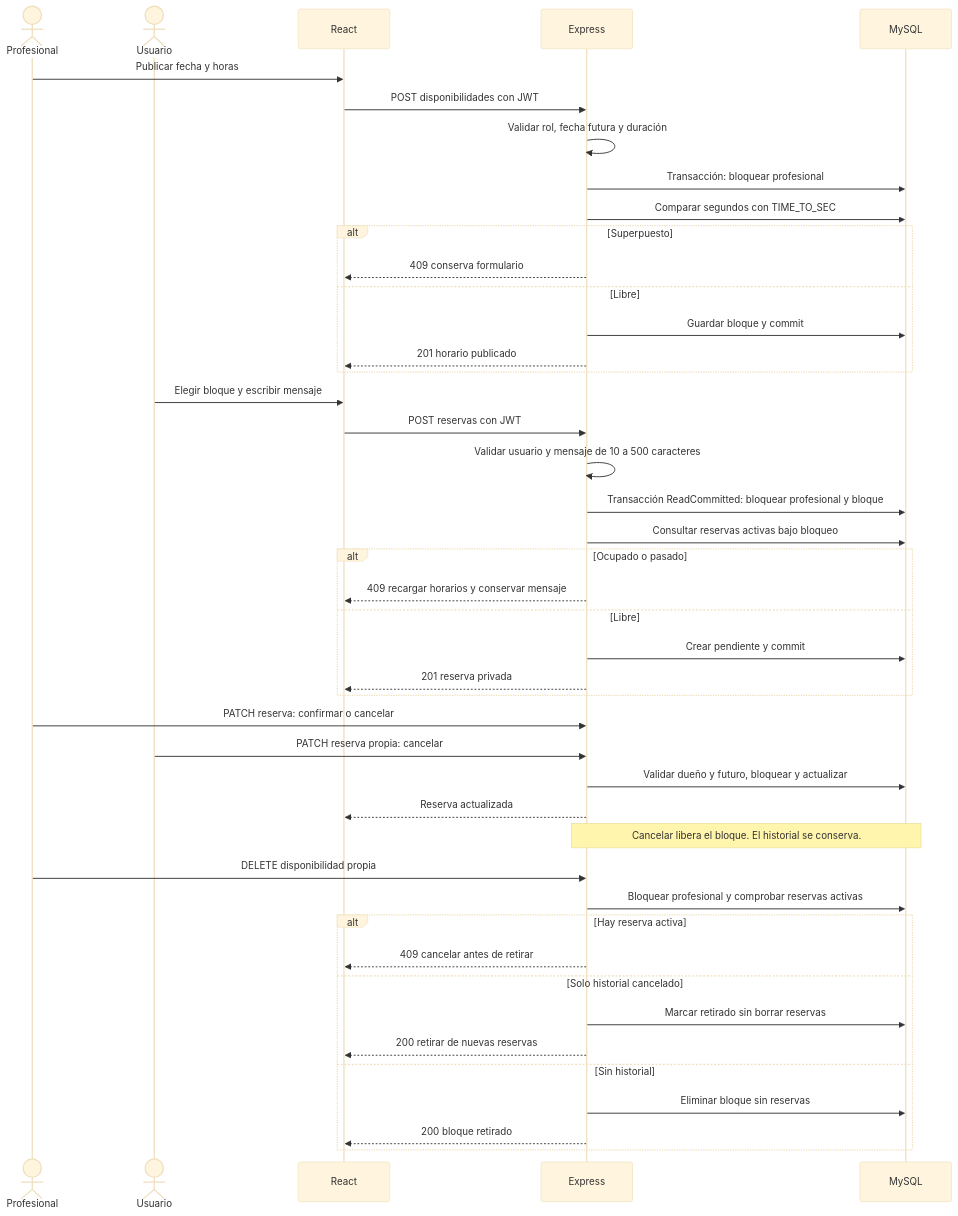
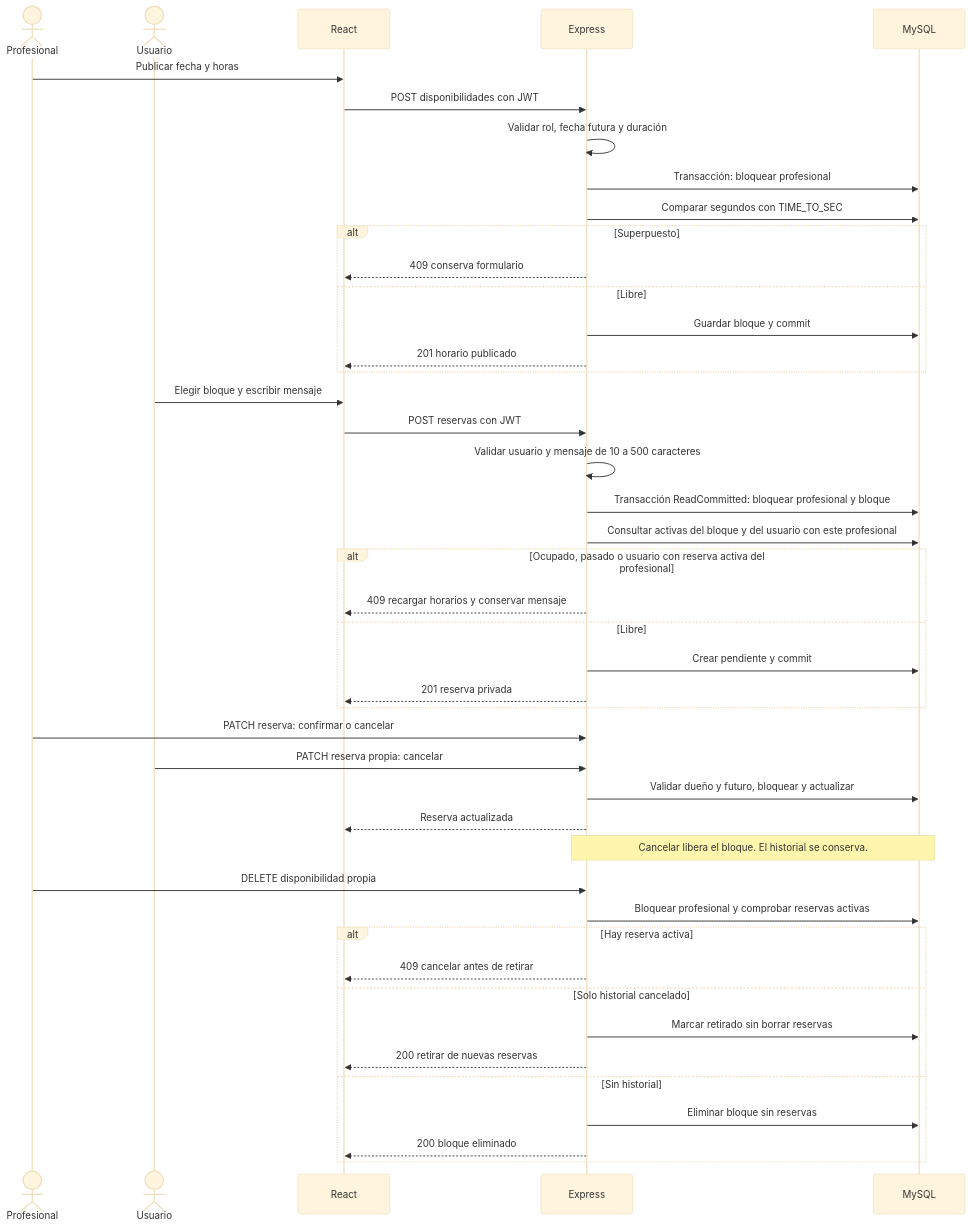
The diagram in FASE 2/Evidencias Proyecto/Evidencias de documentación/Diagramas (Miro)/Actualización Sprint 3/12_Disponibilidad_y_Reservas.mmd (rodriacr/FitSearch), drawn with Mermaid (base theme) before and after one commit. The commit also changed 30 other files, not shown here.

```diff
--- a/FASE 2/Evidencias Proyecto/Evidencias de documentación/Diagramas (Miro)/Actualización Sprint 3/12_Disponibilidad_y_Reservas.mmd
+++ b/FASE 2/Evidencias Proyecto/Evidencias de documentación/Diagramas (Miro)/Actualización Sprint 3/12_Disponibilidad_y_Reservas.mmd
@@ -1,44 +1,44 @@
 sequenceDiagram
   actor P as Profesional
   actor U as Usuario
   participant F as React
   participant A as Express
   participant D as MySQL
   P->>F: Publicar fecha y horas
   F->>A: POST disponibilidades con JWT
   A->>A: Validar rol, fecha futura y duración
   A->>D: Transacción: bloquear profesional
   A->>D: Comparar segundos con TIME_TO_SEC
   alt Superpuesto
     A-->>F: 409 conserva formulario
   else Libre
     A->>D: Guardar bloque y commit
     A-->>F: 201 horario publicado
   end
   U->>F: Elegir bloque y escribir mensaje
   F->>A: POST reservas con JWT
   A->>A: Validar usuario y mensaje de 10 a 500 caracteres
   A->>D: Transacción ReadCommitted: bloquear profesional y bloque
-  A->>D: Consultar reservas activas bajo bloqueo
-  alt Ocupado o pasado
+  A->>D: Consultar activas del bloque y del usuario con este profesional
+  alt Ocupado, pasado o usuario con reserva activa del profesional
     A-->>F: 409 recargar horarios y conservar mensaje
   else Libre
     A->>D: Crear pendiente y commit
     A-->>F: 201 reserva privada
   end
   P->>A: PATCH reserva: confirmar o cancelar
   U->>A: PATCH reserva propia: cancelar
   A->>D: Validar dueño y futuro, bloquear y actualizar
   A-->>F: Reserva actualizada
   Note over A,D: Cancelar libera el bloque. El historial se conserva.
   P->>A: DELETE disponibilidad propia
   A->>D: Bloquear profesional y comprobar reservas activas
   alt Hay reserva activa
     A-->>F: 409 cancelar antes de retirar
   else Solo historial cancelado
     A->>D: Marcar retirado sin borrar reservas
     A-->>F: 200 retirar de nuevas reservas
   else Sin historial
     A->>D: Eliminar bloque sin reservas
-    A-->>F: 200 bloque retirado
+    A-->>F: 200 bloque eliminado
   end
```
